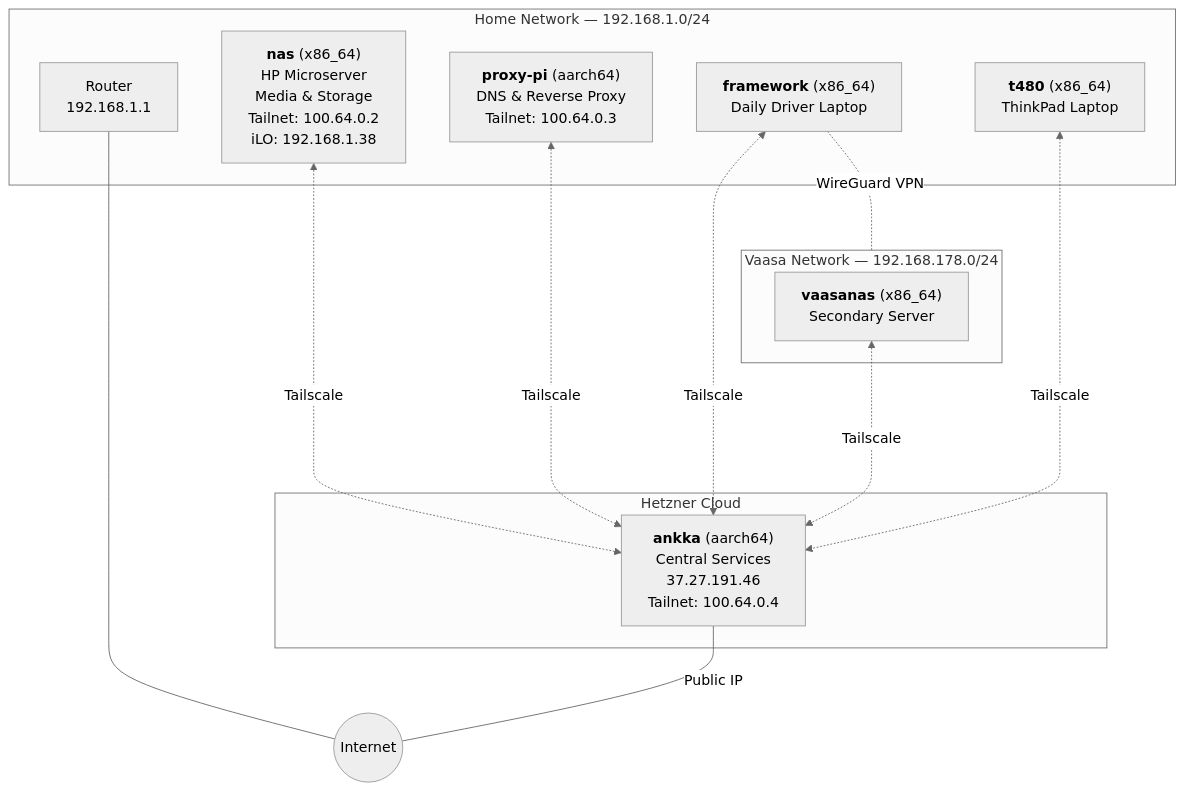
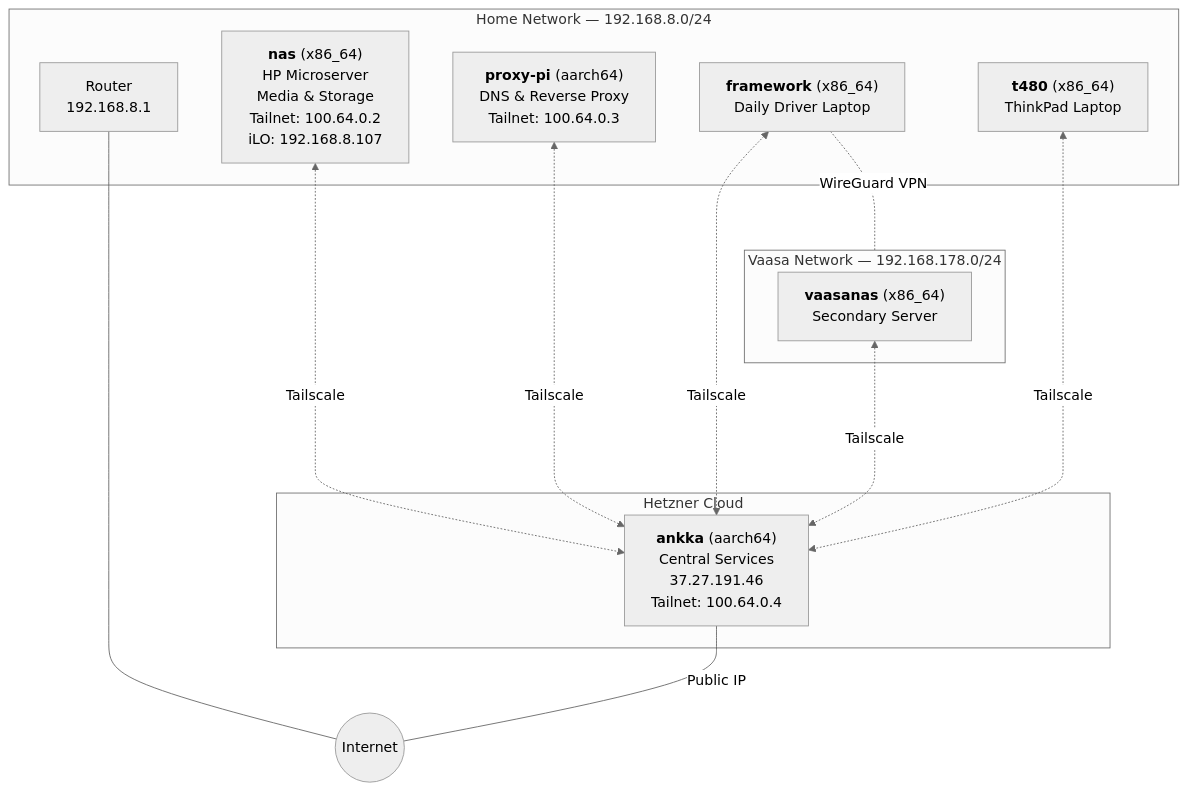
One commit to lajp/nix changed the first of 5 diagrams in docs/INFRASTRUCTURE.md. Above: the diagram before and after it, drawn with Mermaid (neutral theme). The commit also changed other lines of this file and 2 other files, not shown here.

````diff
--- a/docs/INFRASTRUCTURE.md
+++ b/docs/INFRASTRUCTURE.md
@@ -7,31 +7,31 @@
 ```mermaid
 graph TD
     internet((Internet))
 
     subgraph hetzner["Hetzner Cloud"]
         ankka["<b>ankka</b> (aarch64)<br/>Central Services<br/>37.27.191.46<br/>Tailnet: 100.64.0.4"]
     end
 
-    subgraph home["Home Network — 192.168.1.0/24"]
-        router["Router<br/>192.168.1.1"]
-        nas["<b>nas</b> (x86_64)<br/>HP Microserver<br/>Media & Storage<br/>Tailnet: 100.64.0.2<br/>iLO: 192.168.1.38"]
+    subgraph home["Home Network — 192.168.8.0/24"]
+        router["Router<br/>192.168.8.1"]
+        nas["<b>nas</b> (x86_64)<br/>HP Microserver<br/>Media & Storage<br/>Tailnet: 100.64.0.2<br/>iLO: 192.168.8.107"]
         proxypi["<b>proxy-pi</b> (aarch64)<br/>DNS & Reverse Proxy<br/>Tailnet: 100.64.0.3"]
         framework["<b>framework</b> (x86_64)<br/>Daily Driver Laptop"]
         t480["<b>t480</b> (x86_64)<br/>ThinkPad Laptop"]
     end
 
     subgraph vaasa["Vaasa Network — 192.168.178.0/24"]
         vaasanas["<b>vaasanas</b> (x86_64)<br/>Secondary Server"]
     end
 
     ankka ---|Public IP| internet
     router --- internet
 
     nas <-..->|Tailscale| ankka
     proxypi <-..->|Tailscale| ankka
     framework <-..->|Tailscale| ankka
     t480 <-..->|Tailscale| ankka
     vaasanas <-..->|Tailscale| ankka
 
     framework -.-|WireGuard VPN| vaasa
 ```
````
